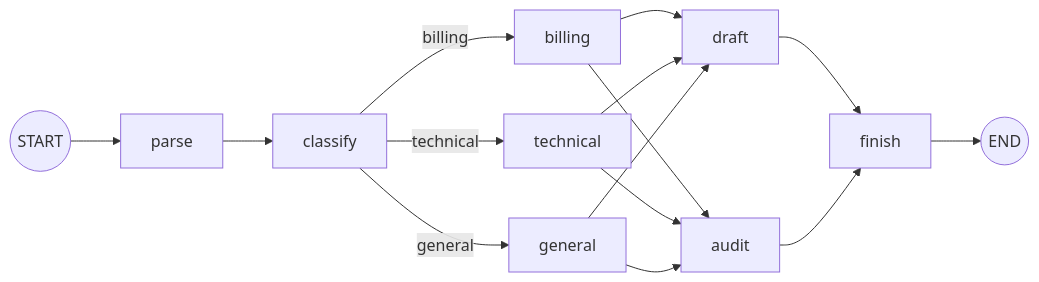
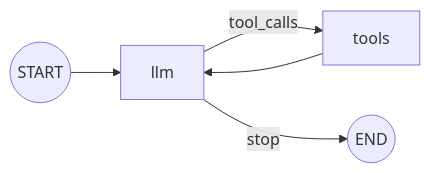
Before and after one commit to libsilverwolf/clear-dream: the diagram in example/graph/README.md, drawn with Mermaid. The commit also changed other lines of this file and 7 other files, not shown here.

First line of the commit message:
feat: return structured tool results and add LLM/ToolNode example

````diff
--- a/example/graph/README.md
+++ b/example/graph/README.md
@@ -24,17 +36,7 @@
 ```mermaid
 flowchart LR
-    S((START)) --> parse
-    parse --> classify
-    classify -->|billing| billing
-    classify -->|technical| technical
-    classify -->|general| general
-    billing --> draft
-    billing --> audit
-    technical --> draft
-    technical --> audit
-    general --> draft
-    general --> audit
-    draft --> finish
-    audit --> finish
-    finish --> E((END))
+    S((START)) --> llm
+    llm -->|tool_calls| tools
+    llm -->|stop| E((END))
+    tools --> llm
 ```
````
